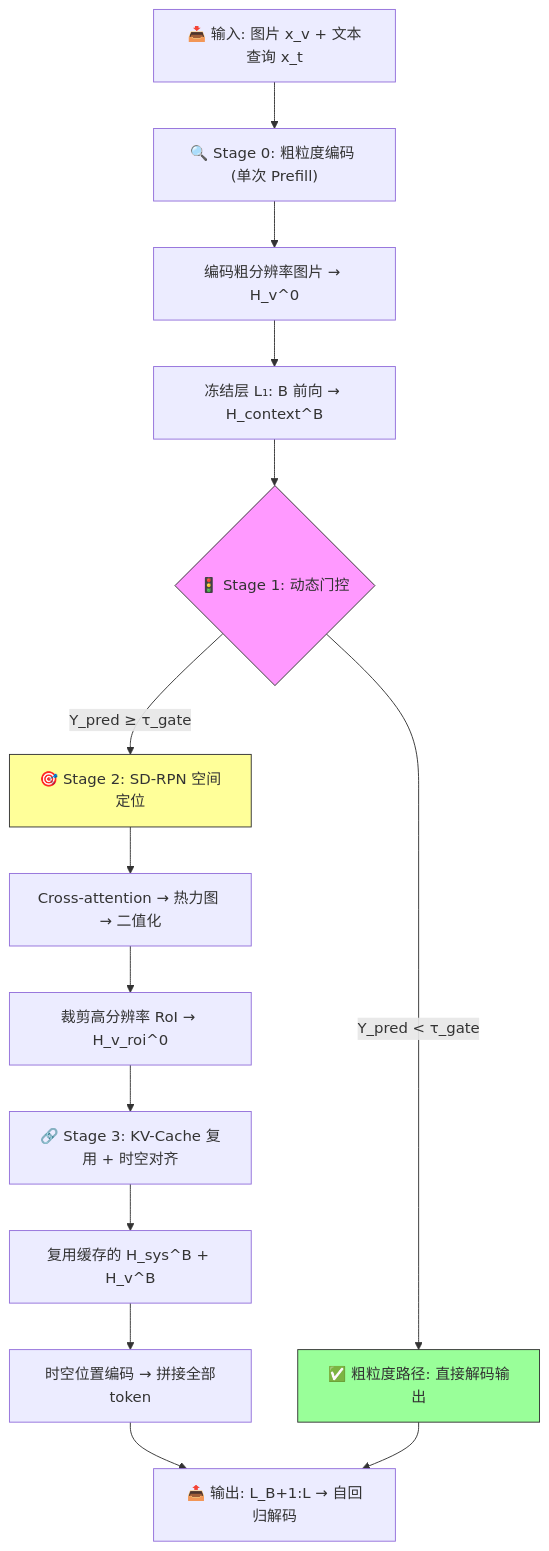
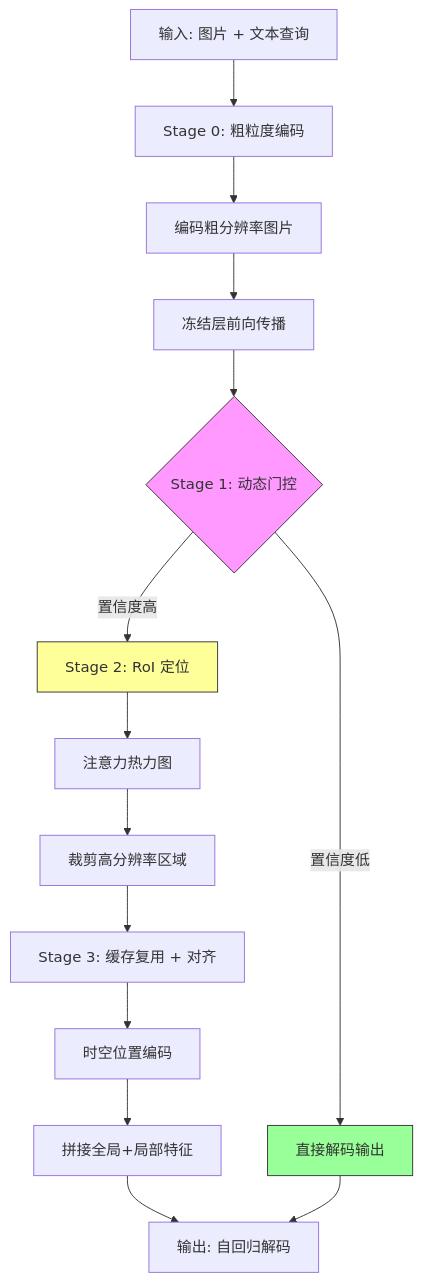
The diagram in topics/VLM-Bottleneck-Analysis-and-Method-Design/encoding/[Arxiv 2025] Q-Zoom/README.md (Haohaha-11/Paper-Reading-form-Eason), drawn with Mermaid before and after one commit. The commit also changed 5 other files, not shown here.

First line of the commit message:
fix: Mermaid 流程图文本精简，去除 LaTeX 公式

````diff
--- a/topics/VLM-Bottleneck-Analysis-and-Method-Design/encoding/[Arxiv 2025] Q-Zoom/README.md
+++ b/topics/VLM-Bottleneck-Analysis-and-Method-Design/encoding/[Arxiv 2025] Q-Zoom/README.md
@@ -62,19 +62,19 @@
 ```mermaid
 flowchart TD
-    A["📥 输入: 图片 x_v + 文本查询 x_t"] --> B["🔍 Stage 0: 粗粒度编码 (单次 Prefill)"]
-    B --> B1["编码粗分辨率图片 → H_v^0"]
-    B1 --> B2["冻结层 L₁: B 前向 → H_context^B"]
-    B2 --> C{"🚦 Stage 1: 动态门控"}
-    C -->|"Y_pred < τ_gate"| D["✅ 粗粒度路径: 直接解码输出"]
-    C -->|"Y_pred ≥ τ_gate"| E["🎯 Stage 2: SD-RPN 空间定位"]
-    E --> E1["Cross-attention → 热力图 → 二值化"]
-    E1 --> E2["裁剪高分辨率 RoI → H_v_roi^0"]
-    E2 --> F["🔗 Stage 3: KV-Cache 复用 + 时空对齐"]
-    F --> F1["复用缓存的 H_sys^B + H_v^B"]
-    F1 --> F2["时空位置编码 → 拼接全部token"]
-    F2 --> G["📤 输出: L_B+1:L → 自回归解码"]
+    A["输入: 图片 + 文本查询"] --> B["Stage 0: 粗粒度编码"]
+    B --> B1["编码粗分辨率图片"]
+    B1 --> B2["冻结层前向传播"]
+    B2 --> C{"Stage 1: 动态门控"}
+    C -->|"置信度低"| D["直接解码输出"]
+    C -->|"置信度高"| E["Stage 2: RoI 定位"]
+    E --> E1["注意力热力图"]
+    E1 --> E2["裁剪高分辨率区域"]
+    E2 --> F["Stage 3: 缓存复用 + 对齐"]
+    F --> F1["时空位置编码"]
+    F1 --> F2["拼接全局+局部特征"]
+    F2 --> G["输出: 自回归解码"]
     D --> G
     style C fill:#f9f,stroke:#333
     style D fill:#9f9,stroke:#333
     style E fill:#ff9,stroke:#333
 ```
````
